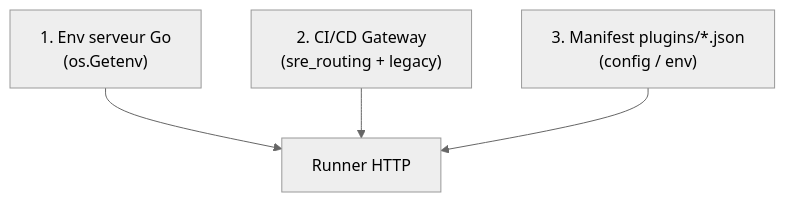
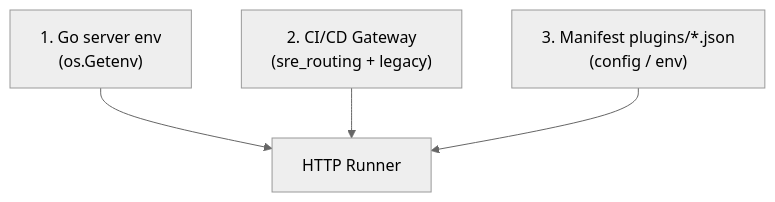
The second of 2 diagrams in docs/plugins/configuration-guide.md (QA-Capsule/qa-capsule-community), drawn with Mermaid (neutral theme) before and after one commit. The commit also changed other lines of this file and 121 other files, not shown here.

````diff
--- a/docs/plugins/configuration-guide.md
+++ b/docs/plugins/configuration-guide.md
@@ -135,10 +135,10 @@
 ```mermaid
 flowchart TB
-  ENV["1. Env serveur Go\n(os.Getenv)"]
+  ENV["1. Go server env\n(os.Getenv)"]
   GW["2. CI/CD Gateway\n(sre_routing + legacy)"]
   MF["3. Manifest plugins/*.json\n(config / env)"]
-  RUN["Runner HTTP"]
+  RUN["HTTP Runner"]
   ENV --> RUN
   GW --> RUN
   MF --> RUN
 ```
````
